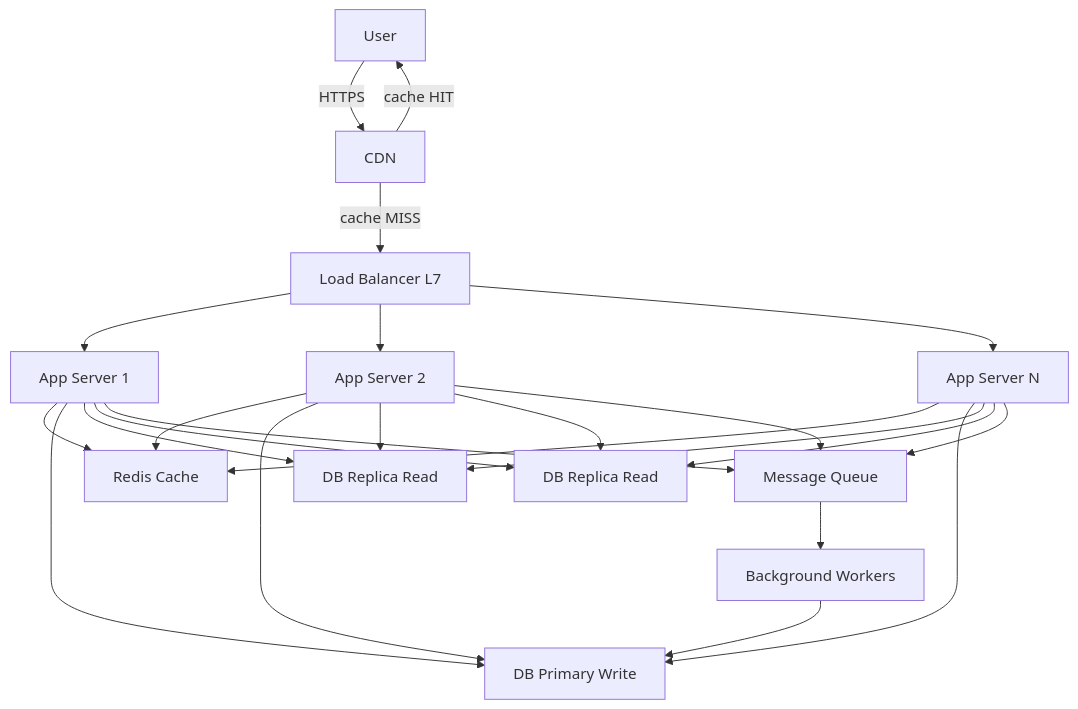
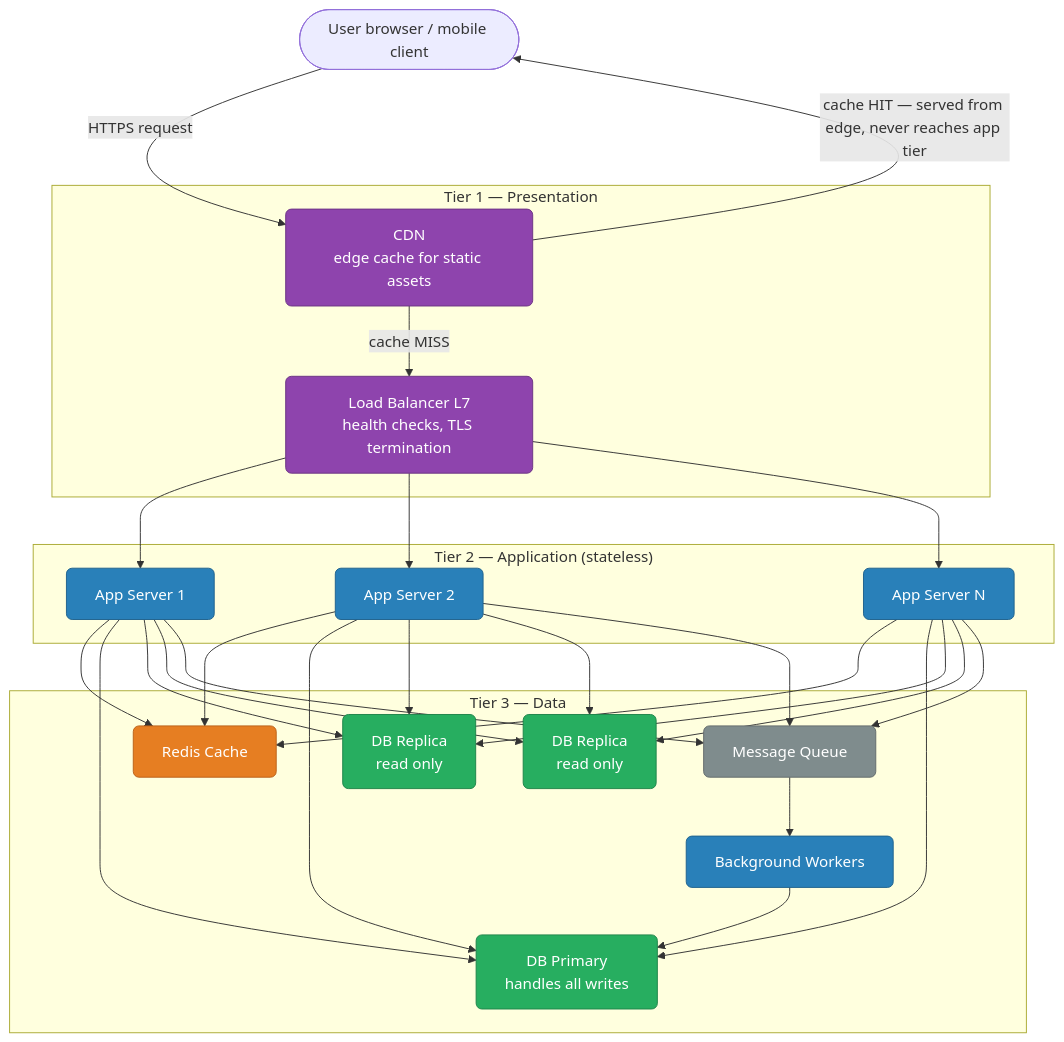
The first of 11 diagrams in system-design/scaling.md (deepanshu-rawat6/DevOpsIndex), drawn with Mermaid before and after one commit. The commit also changed other lines of this file and 8 other files, not shown here.

````diff
--- a/system-design/scaling.md
+++ b/system-design/scaling.md
@@ -17,18 +22,43 @@
 ```mermaid
 graph TD
-    User -->|HTTPS| CDN
-    CDN -->|cache MISS| LB[Load Balancer L7]
-    CDN -->|cache HIT| User
+    classDef presentation fill:#8e44ad,stroke:#6c3483,color:#fff,rx:6
+    classDef app fill:#2980b9,stroke:#1f618d,color:#fff,rx:6
+    classDef cache fill:#e67e22,stroke:#ba6018,color:#fff,rx:6
+    classDef data fill:#27ae60,stroke:#1e8449,color:#fff,rx:6
+    classDef queue fill:#7f8c8d,stroke:#616a6b,color:#fff,rx:6
 
-    LB --> App1[App Server 1]
-    LB --> App2[App Server 2]
-    LB --> App3[App Server N]
+    User(["User browser / mobile client"]) -->|"HTTPS request"| CDN
 
-    App1 & App2 & App3 --> Cache[Redis Cache]
-    App1 & App2 & App3 --> DB_Primary[DB Primary Write]
-    App1 & App2 & App3 --> DB_Replica1[DB Replica Read]
-    App1 & App2 & App3 --> DB_Replica2[DB Replica Read]
-    App1 & App2 & App3 --> Queue[Message Queue]
-    Queue --> Worker[Background Workers]
+    subgraph TIER1["Tier 1 — Presentation"]
+        CDN["CDN<br/>edge cache for static assets"]:::presentation
+        LB["Load Balancer L7<br/>health checks, TLS termination"]:::presentation
+    end
+
+    subgraph TIER2["Tier 2 — Application (stateless)"]
+        App1["App Server 1"]:::app
+        App2["App Server 2"]:::app
+        App3["App Server N"]:::app
+    end
+
+    subgraph TIER3["Tier 3 — Data"]
+        Cache["Redis Cache"]:::cache
+        DB_Primary["DB Primary<br/>handles all writes"]:::data
+        DB_Replica1["DB Replica<br/>read only"]:::data
+        DB_Replica2["DB Replica<br/>read only"]:::data
+        Queue["Message Queue"]:::queue
+        Worker["Background Workers"]:::app
+    end
+
+    CDN -->|"cache MISS"| LB
+    CDN -->|"cache HIT — served from edge, never reaches app tier"| User
+
+    LB --> App1 & App2 & App3
+
+    App1 & App2 & App3 --> Cache
+    App1 & App2 & App3 --> DB_Primary
+    App1 & App2 & App3 --> DB_Replica1
+    App1 & App2 & App3 --> DB_Replica2
+    App1 & App2 & App3 --> Queue
+    Queue --> Worker
     Worker --> DB_Primary
 ```
````
